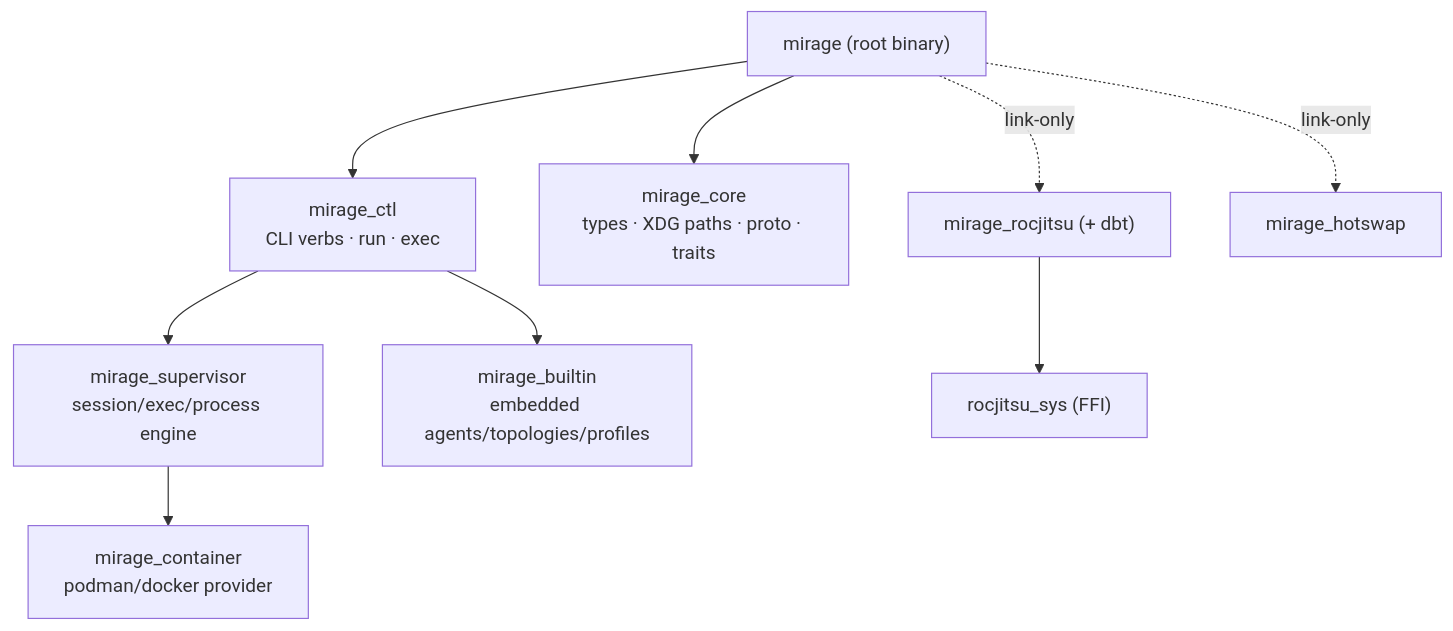
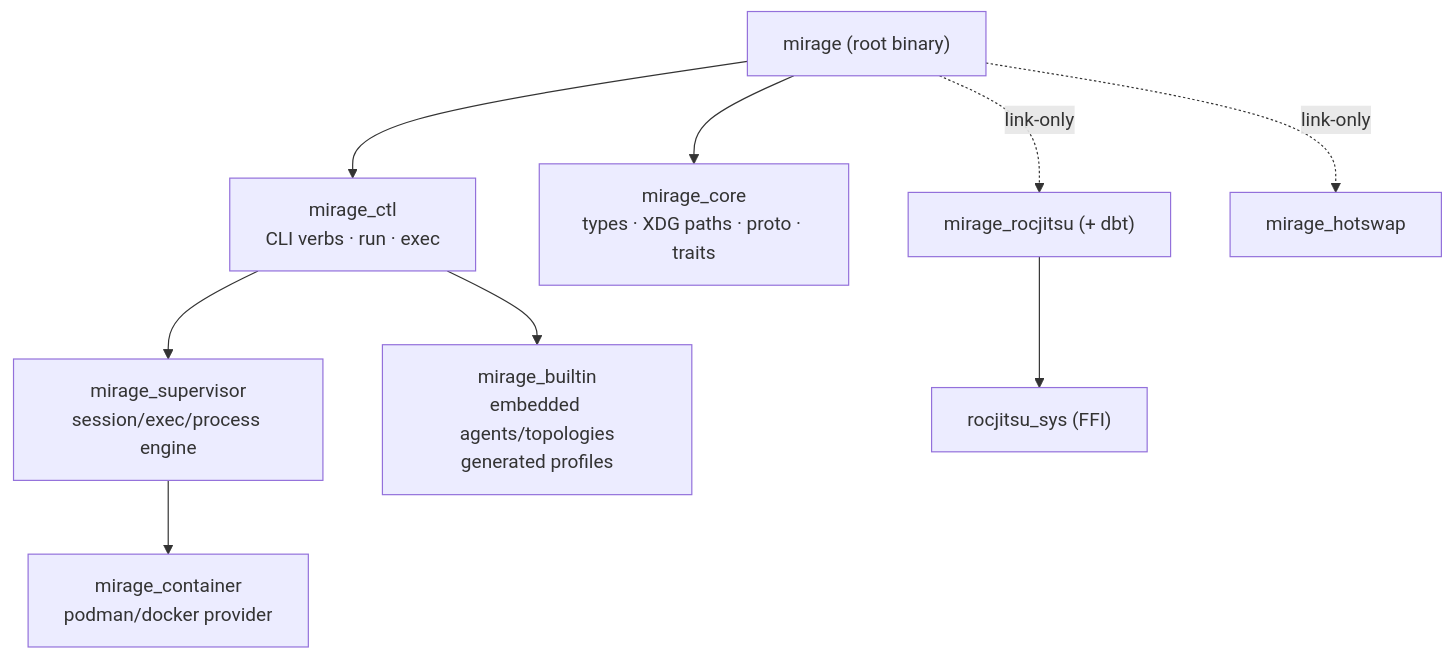
Before and after one commit to ROCm/rocm-systems: the fifth of 14 diagrams in emulation/mirage/docs/demo-debugging-at-scale.md, drawn with Mermaid. The commit also changed 2 other files, not shown here.

Commit message:
docs(mirage): correct the docs the builtin change left wrong
`cli.md` was updated with the change; three other documents still
described the old arrangement, and each is now a statement that is
simply false:

* `architecture.md` and `demo-debugging-at-scale.md` called
  `mirage_builtin` the home of embedded profiles "plus their unpackers".
  Profiles are generated from the agents at run time and have no
  unpacker.
* `building.md` named the three configs the builtins were read from, out
  of the eleven now read, and said the build embeds Mirage's profiles.
  It also described the CI leg as covering "daemon startup for every
  builtin agent" without saying that list is now taken from `mirage
  agent list` rather than written out in the test.

Documentation only; no code change.

````diff
--- a/emulation/mirage/docs/demo-debugging-at-scale.md
+++ b/emulation/mirage/docs/demo-debugging-at-scale.md
@@ -193,12 +193,12 @@
 ```mermaid
 flowchart TB
     root["mirage (root binary)"]
     root --> ctl["mirage_ctl<br/>CLI verbs · run · exec"]
     root --> core["mirage_core<br/>types · XDG paths · proto · traits"]
     ctl --> sup["mirage_supervisor<br/>session/exec/process engine"]
-    ctl --> builtin["mirage_builtin<br/>embedded agents/topologies/profiles"]
+    ctl --> builtin["mirage_builtin<br/>embedded agents/topologies<br/>generated profiles"]
     sup --> cont["mirage_container<br/>podman/docker provider"]
     root -.link-only.-> rj["mirage_rocjitsu (+ dbt)"]
     root -.link-only.-> hot["mirage_hotswap"]
     rj --> sys["rocjitsu_sys (FFI)"]
 ```
````
